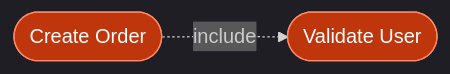
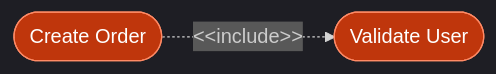
One commit to ToshikiImagawa/ai-sdd-workflow changed diagram 19 of 25 in plugins/sdd-workflow/shared/references/usecase_diagram_guide.md. Above: the diagram before and after it, drawn with Mermaid. The commit also changed other lines of this file and 48 other files, not shown here.

First line of the commit message:
v3.0.1: Mermaid記法のUML標準準拠とsdd-init設定管理機能の追加 (#35)

````diff
--- a/plugins/sdd-workflow/shared/references/usecase_diagram_guide.md
+++ b/plugins/sdd-workflow/shared/references/usecase_diagram_guide.md
@@ -514,9 +517,9 @@
 ```mermaid
 %%{init: {'theme': 'dark'}}%%
 flowchart LR
-    UC1(["Create Order"]) -. include .-> UC2(["Validate User"])
+    UC1(["Create Order"]) -.->|"&lt;&lt;include&gt;&gt;"| UC2(["Validate User"])
 
     classDef usecase fill:#bf360c,stroke:#ff8a65,color:#fff
 
     class UC1,UC2 usecase
 ```
````
